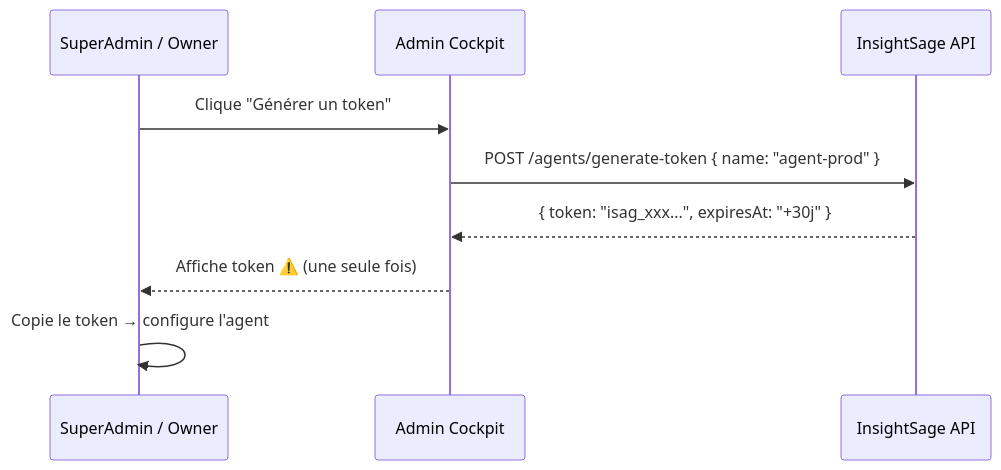
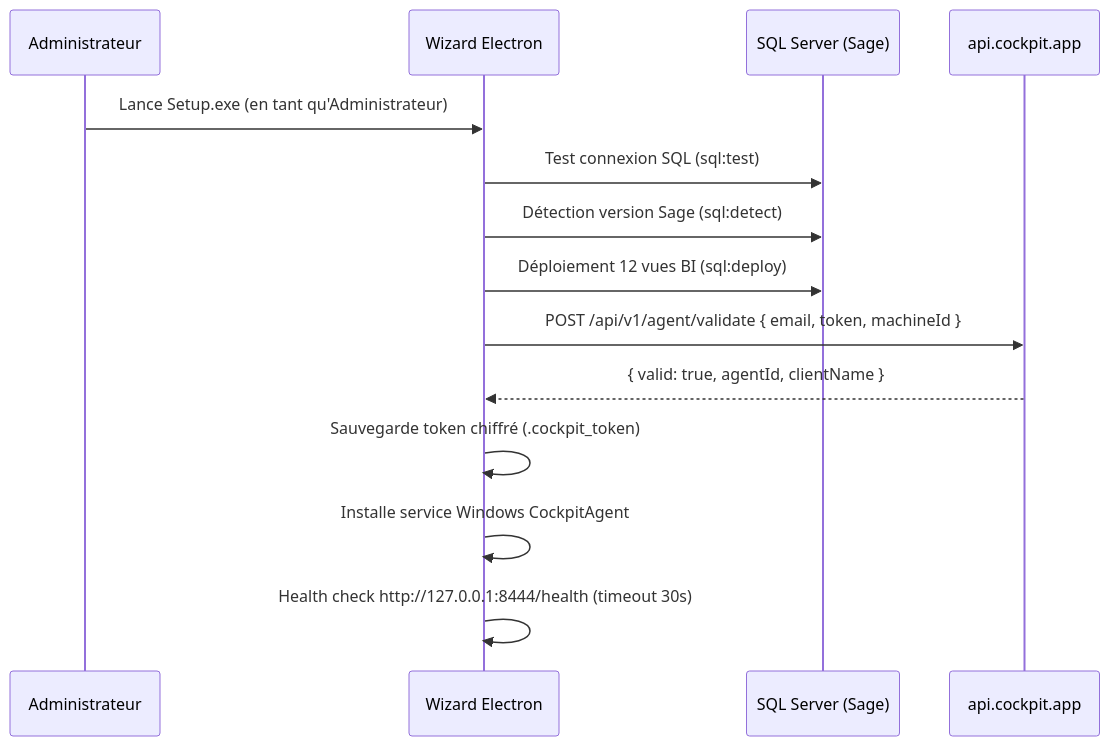
Before and after one commit to AbdoulDiouf2/Insightsage_backend: the third of 4 diagrams in docs/agent/overview.md, drawn with Mermaid. The commit also changed other lines of this file and 14 other files, not shown here.

Commit message:
feat: implement backend support for Cockpit Agent including authentication, ingestion, and documentation.

````diff
--- a/docs/agent/overview.md
+++ b/docs/agent/overview.md
@@ -71,12 +83,17 @@
 ```mermaid
 sequenceDiagram
-    participant SA as SuperAdmin / Owner
-    participant COCKPIT as Admin Cockpit
-    participant API as InsightSage API
+    participant ADM as Administrateur
+    participant WIZ as Wizard Electron
+    participant DB as SQL Server (Sage)
+    participant API as api.cockpit.app
 
-    SA->>COCKPIT: Clique "Générer un token"
-    COCKPIT->>API: POST /agents/generate-token { name: "agent-prod" }
-    API-->>COCKPIT: { token: "isag_xxx...", expiresAt: "+30j" }
-    COCKPIT-->>SA: Affiche token ⚠️ (une seule fois)
-    SA->>SA: Copie le token → configure l'agent
+    ADM->>WIZ: Lance Setup.exe (en tant qu'Administrateur)
+    WIZ->>DB: Test connexion SQL (sql:test)
+    WIZ->>DB: Détection version Sage (sql:detect)
+    WIZ->>DB: Déploiement 12 vues BI (sql:deploy)
+    WIZ->>API: POST /api/v1/agent/validate { email, token, machineId }
+    API-->>WIZ: { valid: true, agentId, clientName }
+    WIZ->>WIZ: Sauvegarde token chiffré (.cockpit_token)
+    WIZ->>WIZ: Installe service Windows CockpitAgent
+    WIZ->>WIZ: Health check http://127.0.0.1:8444/health (timeout 30s)
 ```
````
